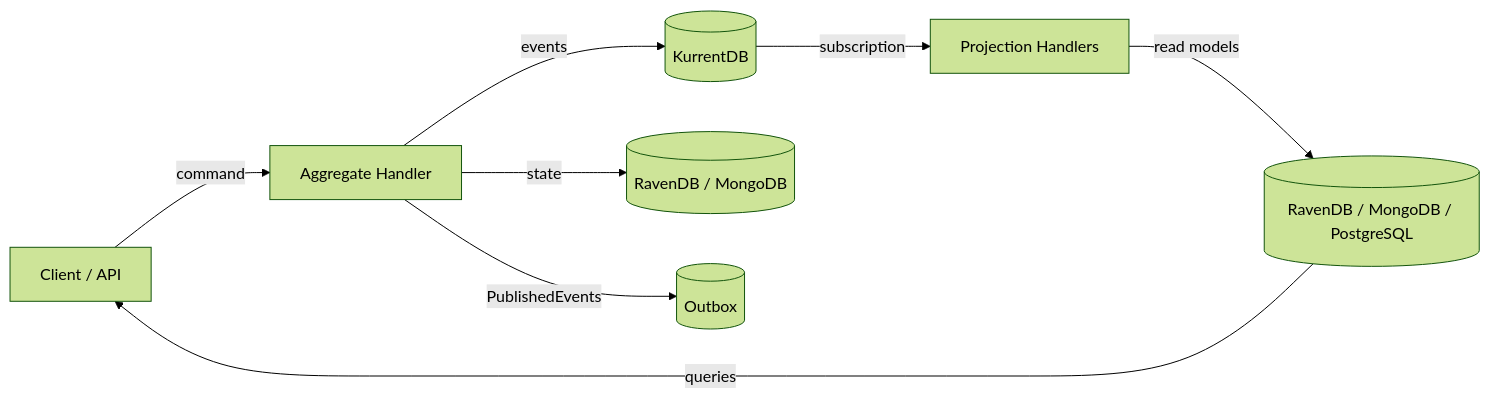
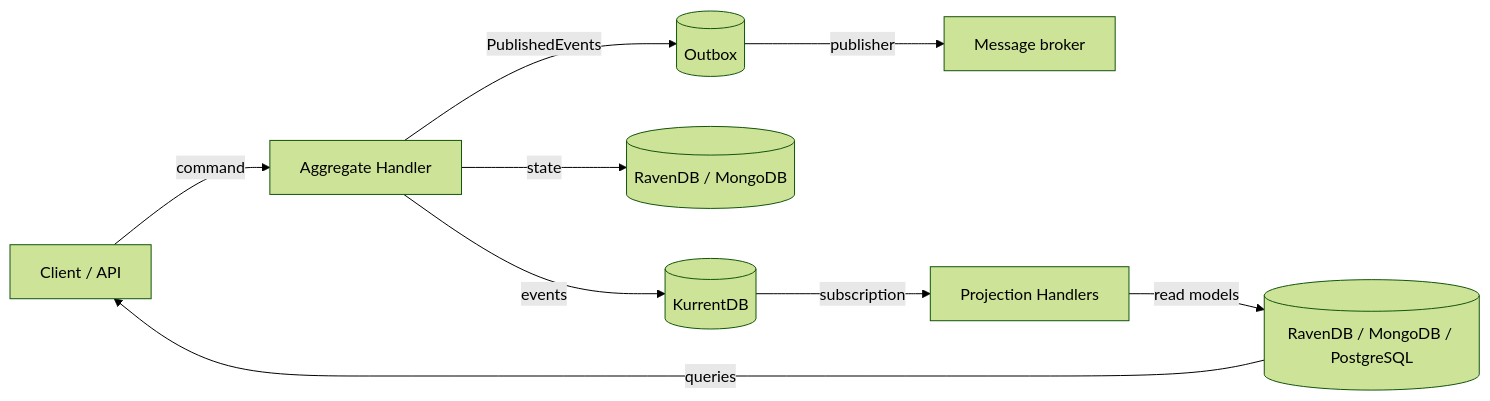
One commit to si-informational-systems/Rosetta changed the diagram in docs/index.md. Above: the diagram before and after it, drawn with Mermaid (forest theme). The commit also changed other lines of this file and 53 other files, not shown here.

````diff
--- a/docs/index.md
+++ b/docs/index.md
@@ -14,10 +14,11 @@
 ```mermaid
 graph LR
     API[Client / API] -->|command| H[Aggregate Handler]
     H -->|events| K[(KurrentDB)]
     H -->|state| S[(RavenDB / MongoDB)]
     H -->|PublishedEvents| O[(Outbox)]
+    O -->|publisher| B[Message broker]
     K -->|subscription| P[Projection Handlers]
     P -->|read models| R[(RavenDB / MongoDB / PostgreSQL)]
     R -->|queries| API
 ```
````
